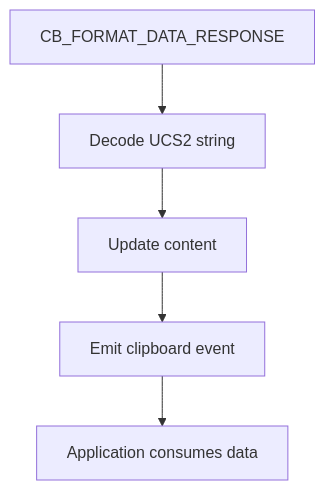
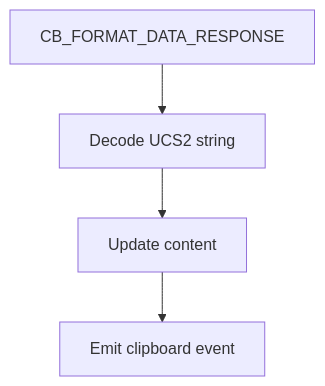
The ninth of 10 diagrams in docs/reference/architecture/cliprdr/cliprdr.md (Ylianst/MeshCentral), drawn with Mermaid before and after one commit. The commit also changed other lines of this file and 642 other files, not shown here.

````diff
--- a/docs/reference/architecture/cliprdr/cliprdr.md
+++ b/docs/reference/architecture/cliprdr/cliprdr.md
@@ -218,7 +258,6 @@
 ```mermaid
 flowchart TD
-    ServerData["CB_FORMAT_DATA_RESPONSE"] --> Decode["Decode UCS2 string"]
-    Decode --> Store["Update content"]
-    Store --> EmitEvent["Emit clipboard event"]
-    EmitEvent --> Application["Application consumes data"]
+    Incoming["CB_FORMAT_DATA_RESPONSE"] --> Decode["Decode UCS2 string"]
+    Decode --> Update["Update content"]
+    Update --> EmitEvent["Emit clipboard event"]
 ```
````
